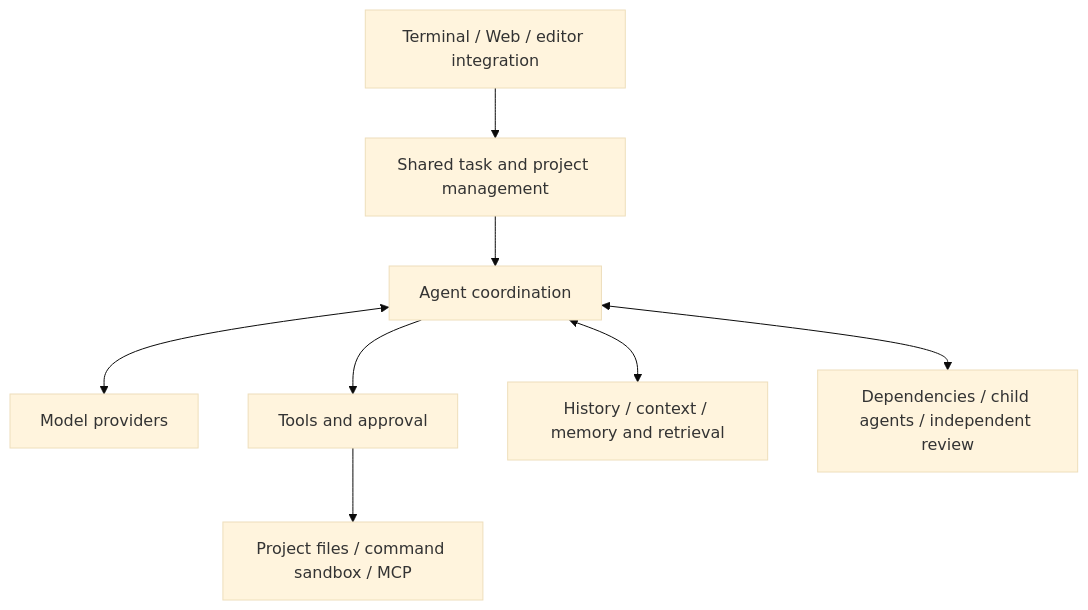
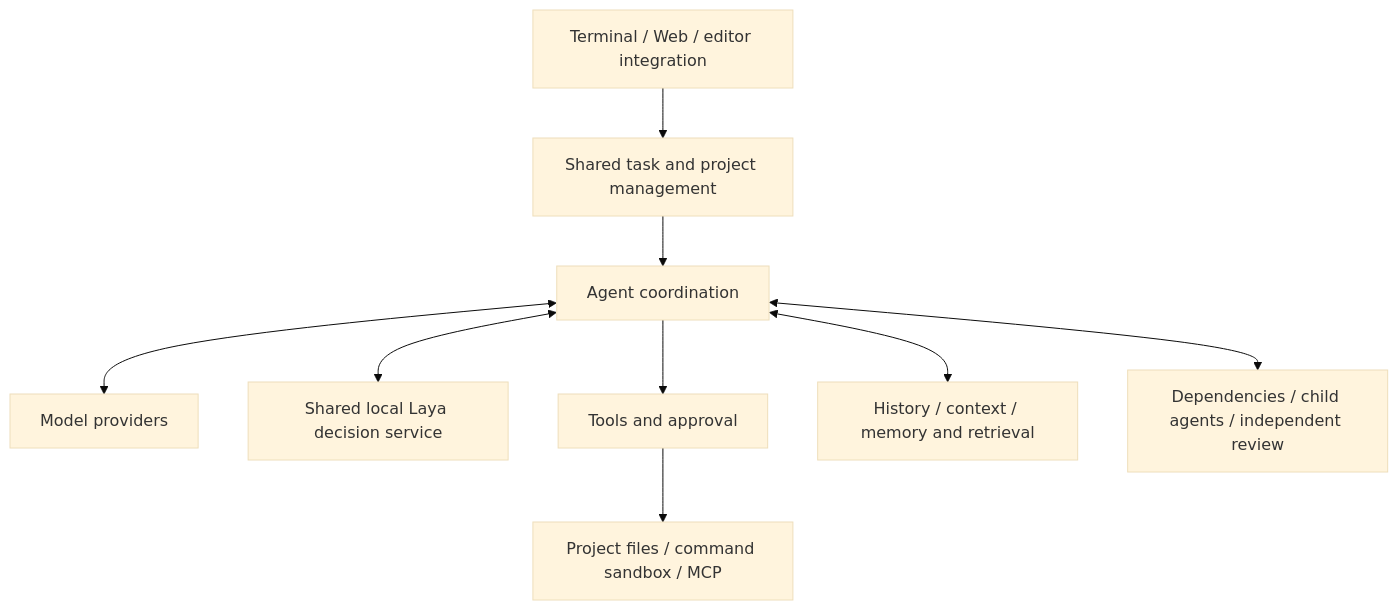
One commit to dd1000001000/EASY_CODE changed the diagram in docs/TECHNICAL_DESIGN.md. Above: the diagram before and after it, drawn with Mermaid (base theme). The commit also changed other lines of this file and 16 other files, not shown here.

````diff
--- a/docs/TECHNICAL_DESIGN.md
+++ b/docs/TECHNICAL_DESIGN.md
@@ -11,10 +11,11 @@
 ```mermaid
 flowchart TD
     UI[Terminal / Web / editor integration] --> APP[Shared task and project management]
     APP --> AGENT[Agent coordination]
     AGENT <--> MODEL[Model providers]
+    AGENT <--> LOCAL[Shared local Laya decision service]
     AGENT --> TOOLS[Tools and approval]
     TOOLS --> ENV[Project files / command sandbox / MCP]
     AGENT <--> MEMORY[History / context / memory and retrieval]
     AGENT <--> TEAM[Dependencies / child agents / independent review]
 ```
````
